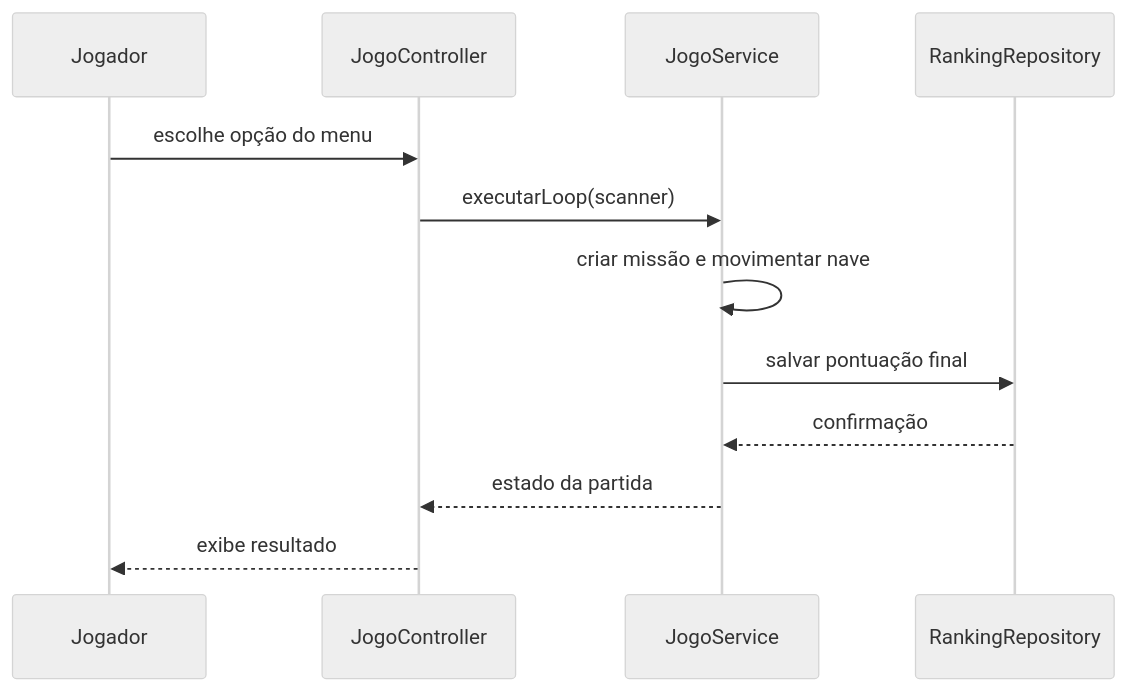
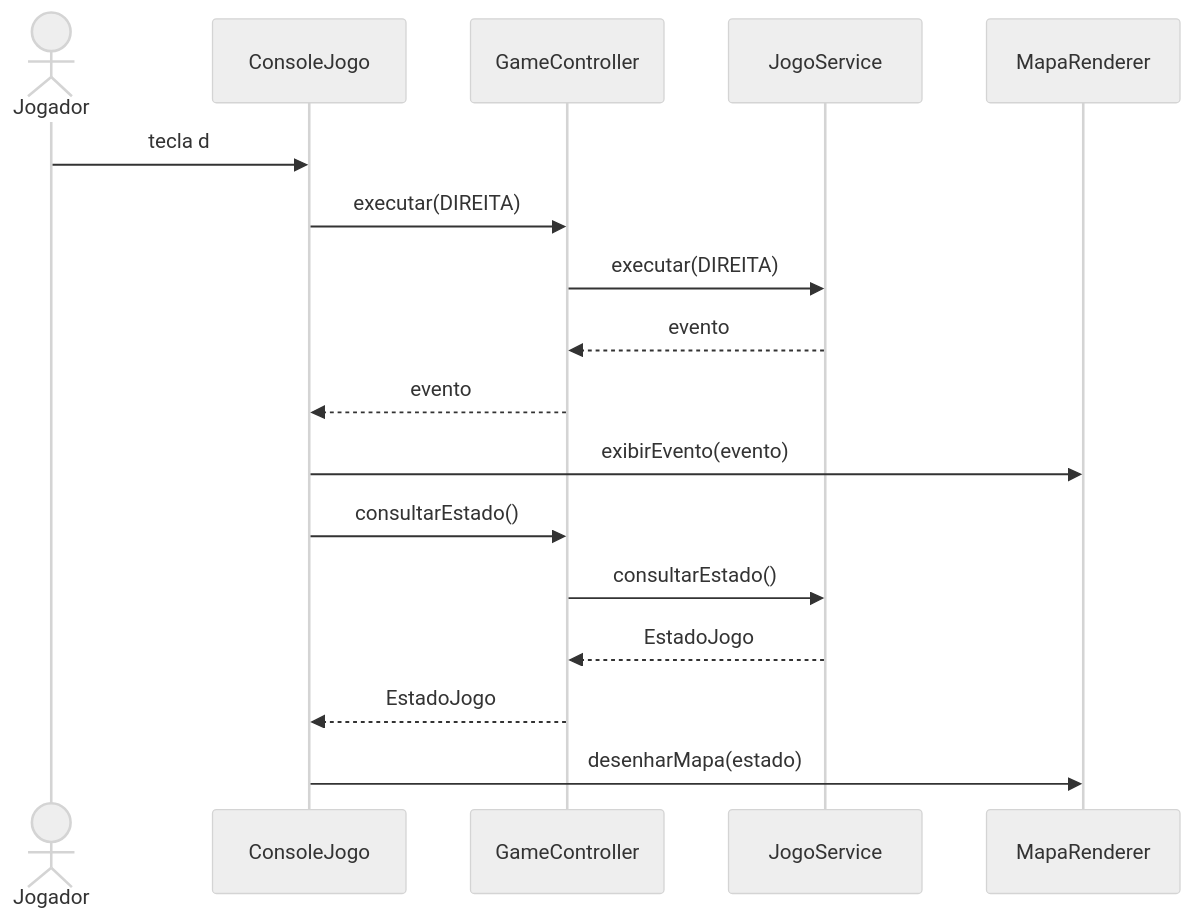
The diagram in apostilas-grasp/controller.md (marcelobezerra-dotcom/grasp-tutorial), drawn with Mermaid (neutral theme) before and after one commit. The commit also changed other lines of this file and 70 other files, not shown here.

````diff
--- a/apostilas-grasp/controller.md
+++ b/apostilas-grasp/controller.md
@@ -76,15 +42,19 @@
 ```mermaid
 sequenceDiagram
-  participant Jogador
-  participant JogoController
-  participant JogoService
-  participant RankingRepository
-
-  Jogador->>JogoController: escolhe opção do menu
-  JogoController->>JogoService: executarLoop(scanner)
-  JogoService->>JogoService: criar missão e movimentar nave
-  JogoService->>RankingRepository: salvar pontuação final
-  RankingRepository-->>JogoService: confirmação
-  JogoService-->>JogoController: estado da partida
-  JogoController-->>Jogador: exibe resultado
+    actor Jogador
+    participant ConsoleJogo
+    participant GameController
+    participant JogoService
+    participant MapaRenderer
+    Jogador->>ConsoleJogo: tecla d
+    ConsoleJogo->>GameController: executar(DIREITA)
+    GameController->>JogoService: executar(DIREITA)
+    JogoService-->>GameController: evento
+    GameController-->>ConsoleJogo: evento
+    ConsoleJogo->>MapaRenderer: exibirEvento(evento)
+    ConsoleJogo->>GameController: consultarEstado()
+    GameController->>JogoService: consultarEstado()
+    JogoService-->>GameController: EstadoJogo
+    GameController-->>ConsoleJogo: EstadoJogo
+    ConsoleJogo->>MapaRenderer: desenharMapa(estado)
 ```
````
